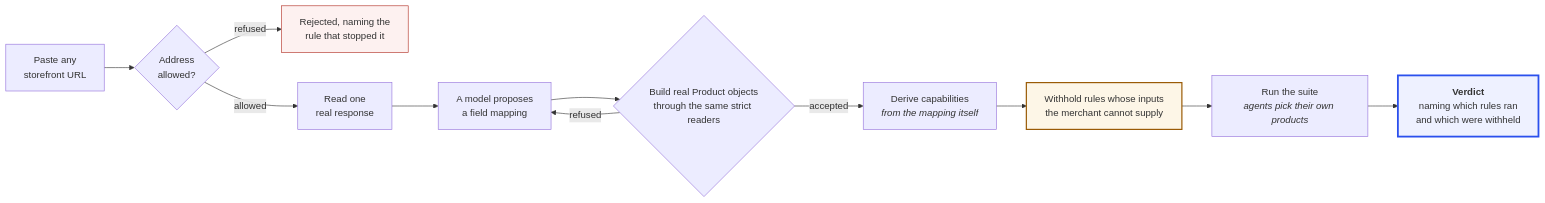
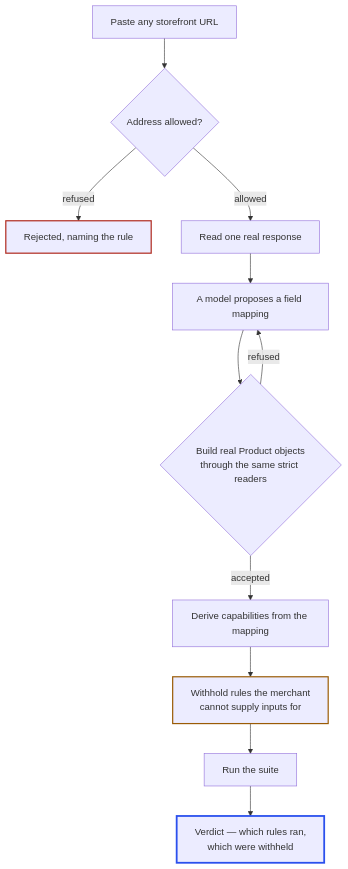
The fourth of 5 diagrams in README.md (adthya-anil/AgentProof), drawn with Mermaid before and after one commit. The commit also changed other lines of this file, not shown here.

Commit message:
Make the README diagrams legible in a narrow column and in dark mode

````diff
--- a/README.md
+++ b/README.md
@@ -739,17 +726,20 @@
 ```mermaid
-flowchart LR
-    URL["Paste any<br/>storefront URL"] --> SSRF{"Address<br/>allowed?"}
-    SSRF -->|"refused"| STOP["Rejected, naming the<br/>rule that stopped it"]
-    SSRF -->|"allowed"| READ["Read one<br/>real response"]
-    READ --> INFER["A model proposes<br/>a field mapping"]
+flowchart TB
+    URL["Paste any storefront URL"] --> SSRF{"Address allowed?"}
+    SSRF -->|"refused"| STOP["Rejected, naming the rule"]
+    SSRF -->|"allowed"| READ["Read one real response"]
+    READ --> INFER["A model proposes a field mapping"]
     INFER --> VALID{"Build real Product objects<br/>through the same strict readers"}
     VALID -->|"refused"| INFER
-    VALID -->|"accepted"| CAPS["Derive capabilities<br/><i>from the mapping itself</i>"]
-    CAPS --> HOLD["Withhold rules whose inputs<br/>the merchant cannot supply"]
-    HOLD --> SUITE["Run the suite<br/><i>agents pick their own products</i>"]
-    SUITE --> VERDICT["<b>Verdict</b><br/>naming which rules ran<br/>and which were withheld"]
+    VALID -->|"accepted"| CAPS["Derive capabilities from the mapping"]
+    CAPS --> HOLD["Withhold rules the merchant<br/>cannot supply inputs for"]
+    HOLD --> SUITE["Run the suite"]
+    SUITE --> VERDICT["Verdict — which rules ran,<br/>which were withheld"]
 
-    style VERDICT fill:#eef1ff,stroke:#2b50ed,stroke-width:3px
-    style STOP fill:#fdf1f0,stroke:#b02a1e
-    style HOLD fill:#fdf6e7,stroke:#9a5b06,stroke-width:2px
+    classDef guard stroke:#2b50ed,stroke-width:3px
+    classDef bad stroke:#b02a1e,stroke-width:2px
+    classDef warn stroke:#9a5b06,stroke-width:2px
+    class VERDICT guard
+    class STOP bad
+    class HOLD warn
 ```
````
